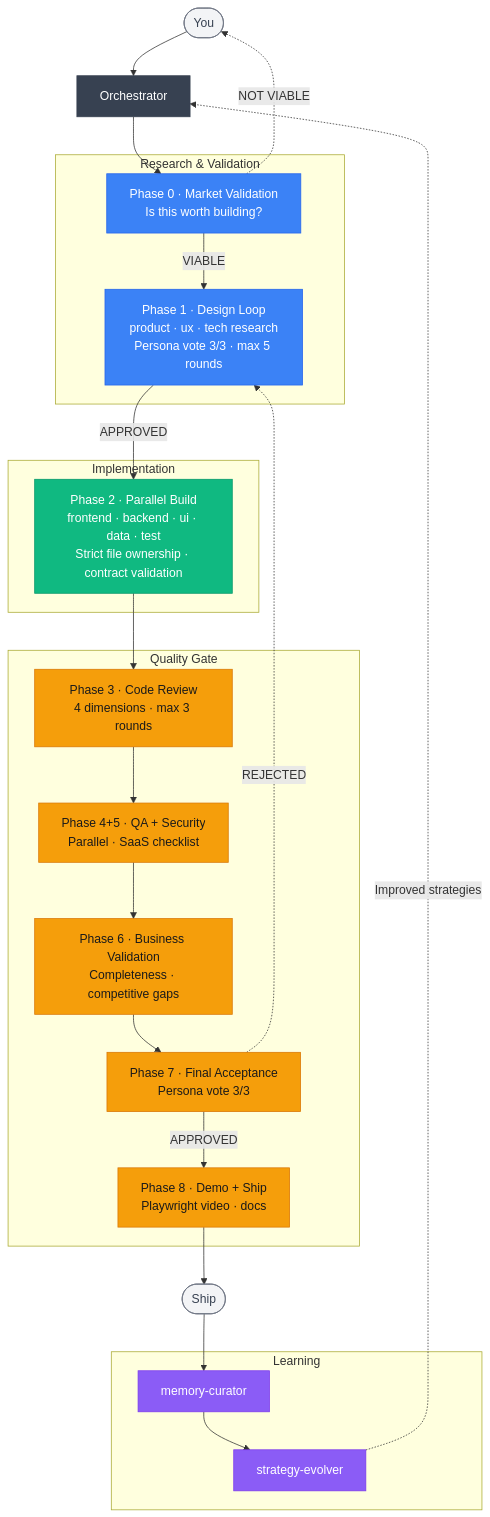
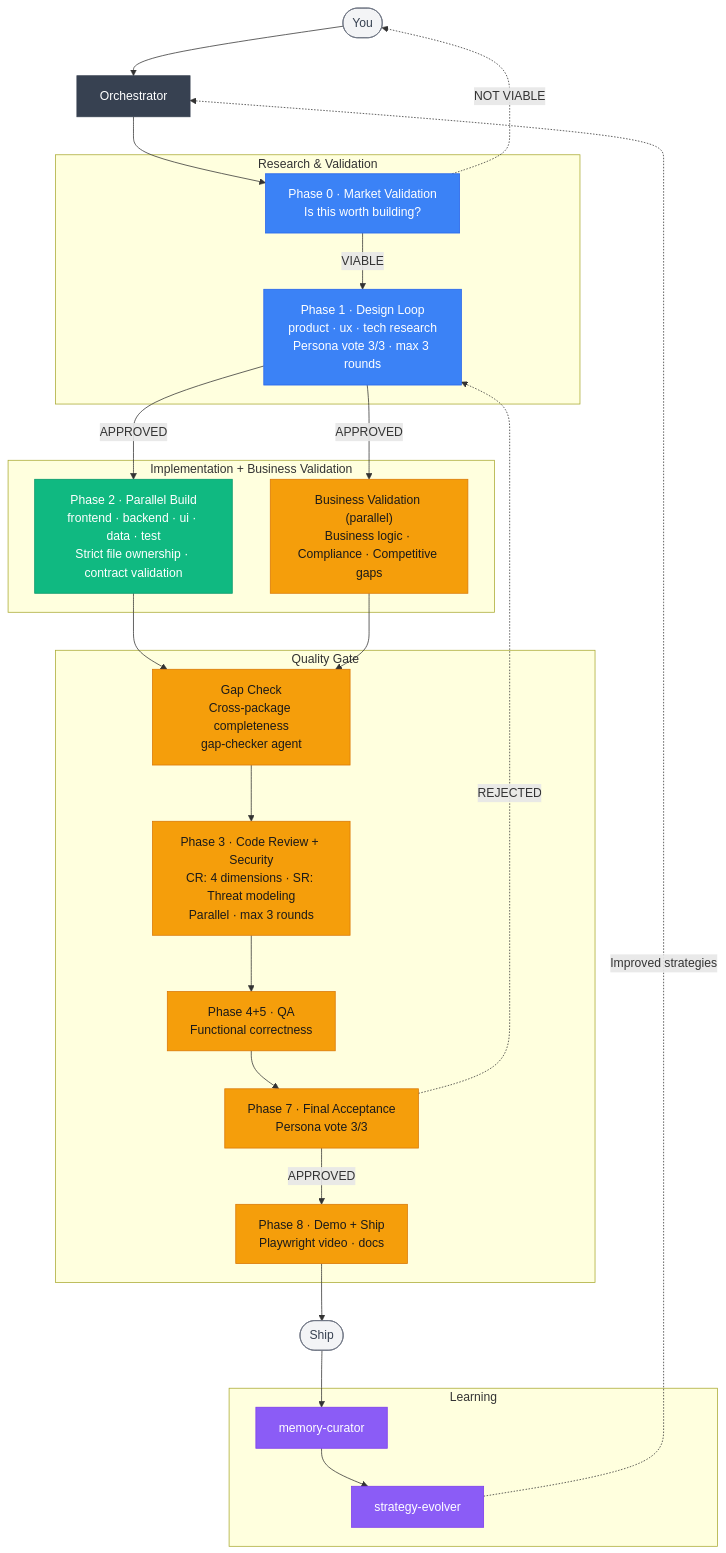
The diagram in README.md (zee-sandev/solo-dev), drawn with Mermaid before and after one commit. The commit also changed other lines of this file and 43 other files, not shown here.

````diff
--- a/README.md
+++ b/README.md
@@ -215,48 +215,51 @@
 ```mermaid
 flowchart TD
     classDef orch fill:#374151,color:#fff,stroke:#374151
     classDef research fill:#3b82f6,color:#fff,stroke:#2563eb
     classDef impl fill:#10b981,color:#fff,stroke:#059669
     classDef quality fill:#f59e0b,color:#1a1a1a,stroke:#d97706
     classDef memory fill:#8b5cf6,color:#fff,stroke:#7c3aed
     classDef terminal fill:#f3f4f6,stroke:#6b7280,color:#374151
 
     U([You]):::terminal --> O[Orchestrator]:::orch
 
     subgraph RESEARCH["  Research & Validation  "]
         P0["Phase 0 · Market Validation<br/>Is this worth building?"]:::research
-        P12["Phase 1 · Design Loop<br/>product · ux · tech research<br/>Persona vote 3/3 · max 5 rounds"]:::research
+        P12["Phase 1 · Design Loop<br/>product · ux · tech research<br/>Persona vote 3/3 · max 3 rounds"]:::research
     end
 
-    subgraph IMPL["  Implementation  "]
+    subgraph IMPL["  Implementation + Business Validation  "]
         P2["Phase 2 · Parallel Build<br/>frontend · backend · ui · data · test<br/>Strict file ownership · contract validation"]:::impl
+        BV["Business Validation (parallel)<br/>Business logic · Compliance · Competitive gaps"]:::quality
     end
 
     subgraph QUALITY["  Quality Gate  "]
-        P3["Phase 3 · Code Review<br/>4 dimensions · max 3 rounds"]:::quality
-        P45["Phase 4+5 · QA + Security<br/>Parallel · SaaS checklist"]:::quality
-        P6["Phase 6 · Business Validation<br/>Completeness · competitive gaps"]:::quality
+        GC["Gap Check<br/>Cross-package completeness<br/>gap-checker agent"]:::quality
+        P3["Phase 3 · Code Review + Security<br/>CR: 4 dimensions · SR: Threat modeling<br/>Parallel · max 3 rounds"]:::quality
+        P45["Phase 4+5 · QA<br/>Functional correctness"]:::quality
         P7["Phase 7 · Final Acceptance<br/>Persona vote 3/3"]:::quality
         P8["Phase 8 · Demo + Ship<br/>Playwright video · docs"]:::quality
     end
 
     subgraph LEARNING["  Learning  "]
         MC[memory-curator]:::memory
         SE[strategy-evolver]:::memory
     end
 
     O --> P0
     P0 -->|VIABLE| P12
     P0 -.->|NOT VIABLE| U
     P12 -->|APPROVED| P2
-    P2 --> P3
+    P12 -->|APPROVED| BV
+    P2 --> GC
+    BV --> GC
+    GC --> P3
     P3 --> P45
-    P45 --> P6
-    P6 --> P7
+    P45 --> P7
     P7 -->|APPROVED| P8
     P7 -.->|REJECTED| P12
     P8 --> SHIP([Ship]):::terminal
     SHIP --> MC
     MC --> SE
     SE -.->|Improved strategies| O
 ```
````
